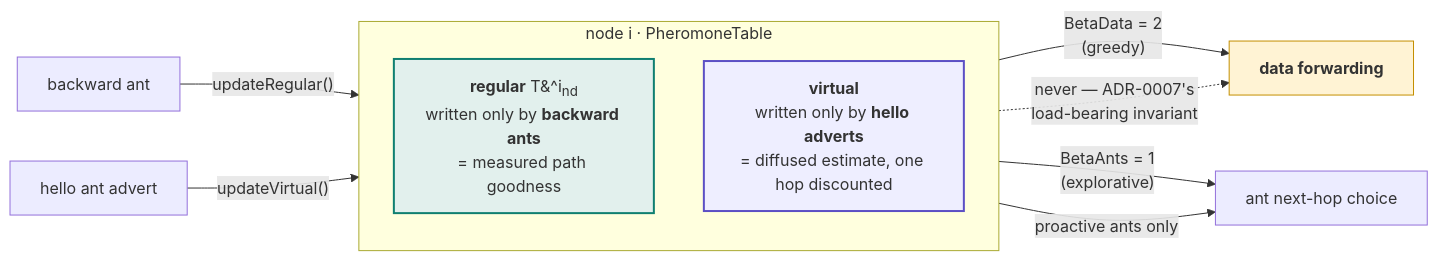
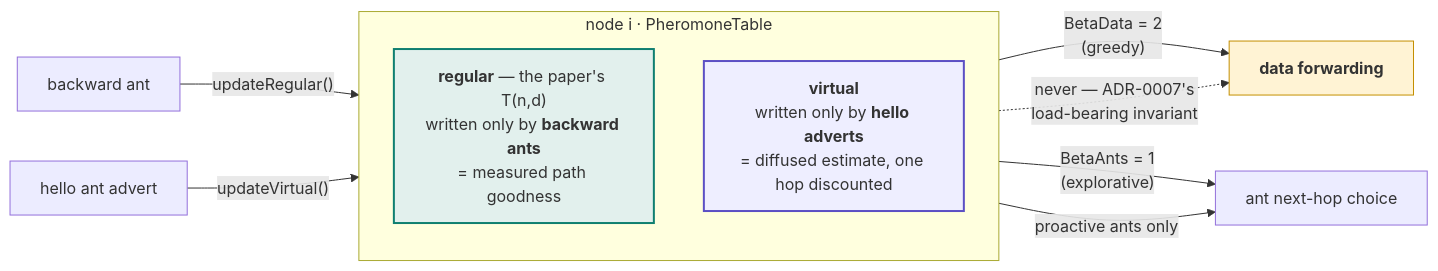
One commit to danieljoppi/AntHocNet changed the first of 2 diagrams in docs/ant-colony-routing.md. Above: the diagram before and after it, drawn with Mermaid. The commit also changed 4 other files, not shown here.

````diff
--- a/docs/ant-colony-routing.md
+++ b/docs/ant-colony-routing.md
@@ -316,20 +316,20 @@
 ```mermaid
 flowchart LR
     subgraph NODE["node i · PheromoneTable"]
         direction TB
-        REG["<b>regular</b> T&#94;i<sub>nd</sub><br/>written only by <b>backward ants</b><br/>= measured path goodness"]
+        REG["<b>regular</b> — the paper's T(n,d)<br/>written only by <b>backward ants</b><br/>= measured path goodness"]
         VIRT["<b>virtual</b><br/>written only by <b>hello adverts</b><br/>= diffused estimate, one hop discounted"]
     end
 
     BA["backward ant"] -->|"updateRegular()"| REG
     HE["hello ant advert"] -->|"updateVirtual()"| VIRT
 
     REG -->|"BetaData = 2<br/>(greedy)"| DATA["<b>data forwarding</b>"]
     REG -->|"BetaAnts = 1<br/>(explorative)"| ANTS["ant next-hop choice"]
     VIRT -->|"proactive ants only"| ANTS
     VIRT -.->|"never — ADR-0007's<br/>load-bearing invariant"| DATA
 
     style REG fill:#e2f0ed,stroke:#0f7f70,stroke-width:2px
     style VIRT fill:#eef,stroke:#5b4fc4,stroke-width:2px
     style DATA fill:#fff3d4,stroke:#c48f00
 ```
````
